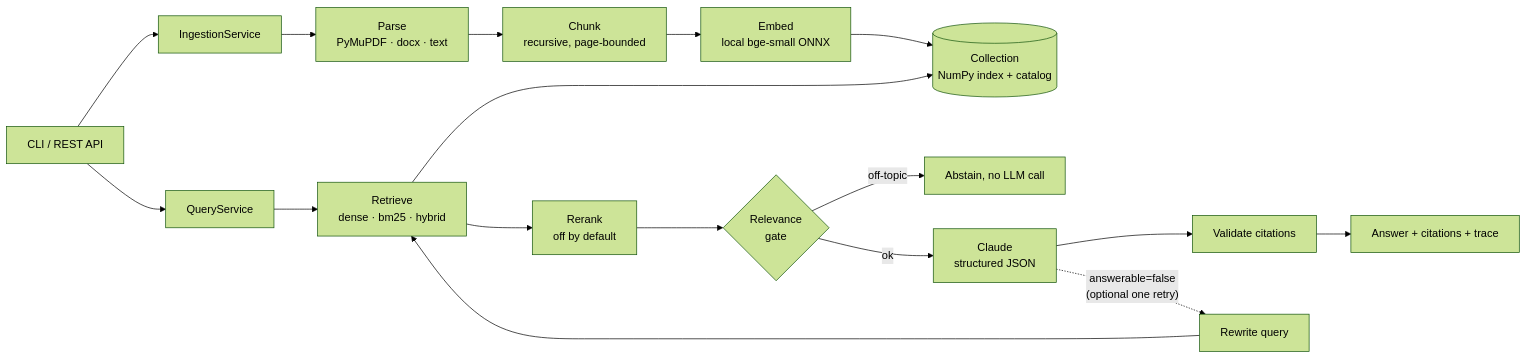
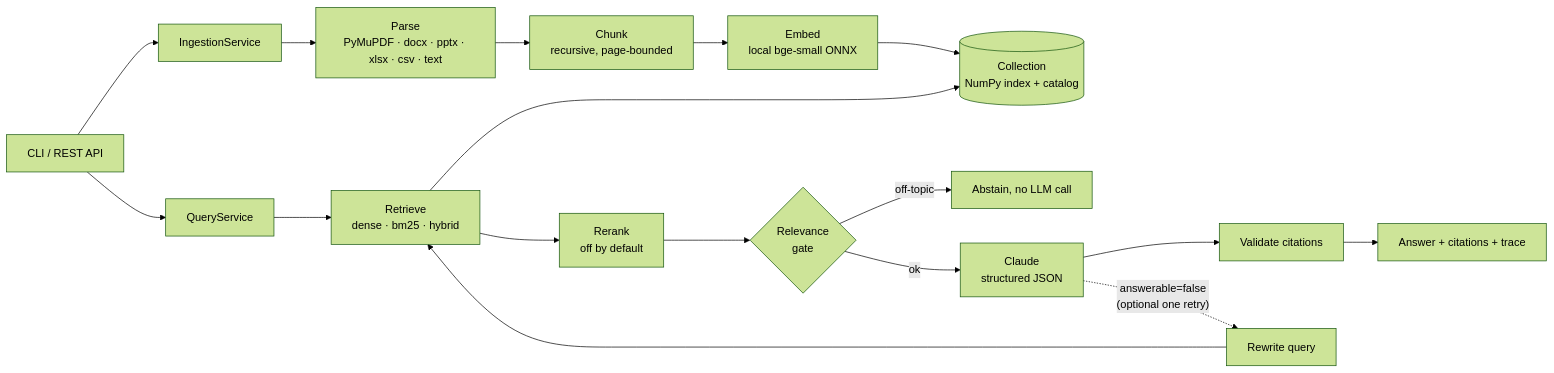
Before and after one commit to Rishabh2561/RAG_assessment: the diagram in README.md, drawn with Mermaid (forest theme). The commit also changed other lines of this file and 38 other files, not shown here.

````diff
--- a/README.md
+++ b/README.md
@@ -14,11 +15,11 @@
 ```mermaid
 flowchart LR
     U[CLI / REST API] --> I[IngestionService]
     U --> Q[QueryService]
-    I --> P[Parse<br/>PyMuPDF · docx · text] --> C[Chunk<br/>recursive, page-bounded] --> E[Embed<br/>local bge-small ONNX] --> S[(Collection<br/>NumPy index + catalog)]
+    I --> P[Parse<br/>PyMuPDF · docx · pptx · xlsx · csv · text] --> C[Chunk<br/>recursive, page-bounded] --> E[Embed<br/>local bge-small ONNX] --> S[(Collection<br/>NumPy index + catalog)]
     Q --> R[Retrieve<br/>dense · bm25 · hybrid] --> S
     R --> RR[Rerank<br/>off by default] --> G{Relevance<br/>gate}
     G -- off-topic --> A0[Abstain, no LLM call]
     G -- ok --> L[Claude<br/>structured JSON] --> V[Validate citations] --> A[Answer + citations + trace]
     L -. "answerable=false<br/>(optional one retry)" .-> W[Rewrite query] --> R
 ```
````
